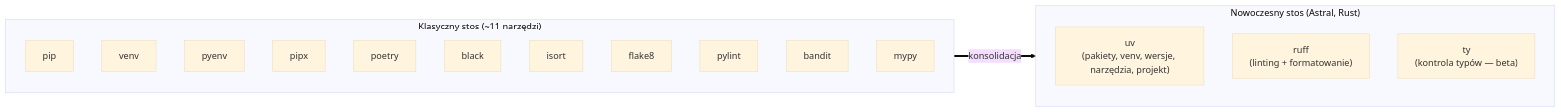
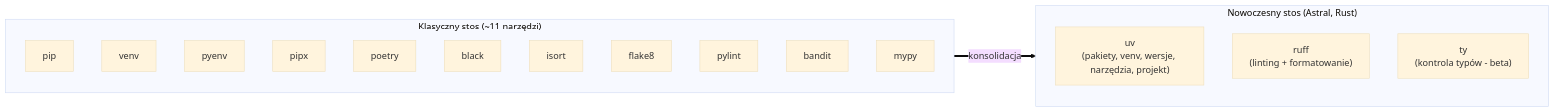
The first of 2 diagrams in docs/02-environment-and-tools.md (SirCypkowskyy/python-for-genai-guide), drawn with Mermaid (base theme) before and after one commit. The commit also changed other lines of this file and 9 other files, not shown here.

First line of the commit message:
Zamiana em-dashy na zwykły myślnik + nowe diagramy Mermaid

````diff
--- a/docs/02-environment-and-tools.md
+++ b/docs/02-environment-and-tools.md
@@ -33,24 +33,24 @@
 ```mermaid
 flowchart LR
     subgraph OLD["Klasyczny stos (~11 narzędzi)"]
         direction TB
         T1["pip"]
         T2["venv"]
         T3["pyenv"]
         T4["pipx"]
         T5["poetry"]
         T6["black"]
         T7["isort"]
         T8["flake8"]
         T9["pylint"]
         T10["bandit"]
         T11["mypy"]
     end
     subgraph NEW["Nowoczesny stos (Astral, Rust)"]
         direction TB
         U["uv<br/>(pakiety, venv, wersje, narzędzia, projekt)"]
         R["ruff<br/>(linting + formatowanie)"]
-        TY["ty<br/>(kontrola typów — beta)"]
+        TY["ty<br/>(kontrola typów - beta)"]
     end
     OLD ==>|konsolidacja| NEW
 ```
````
